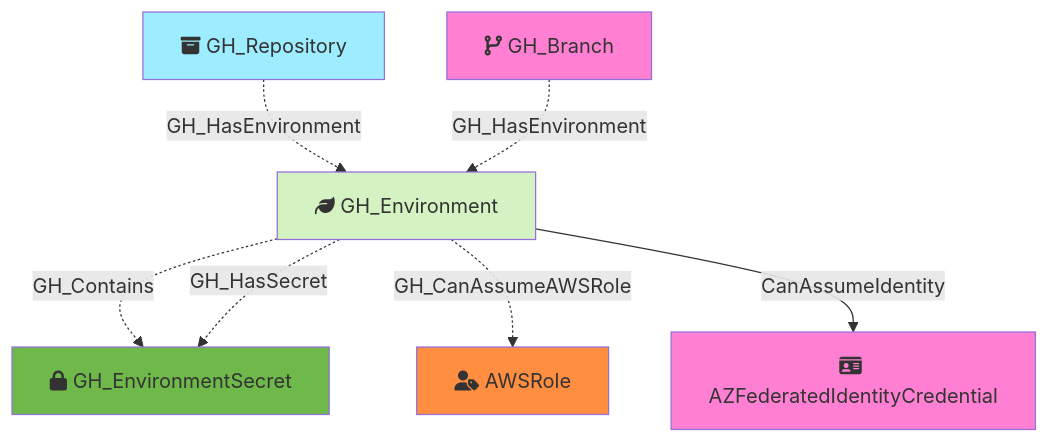
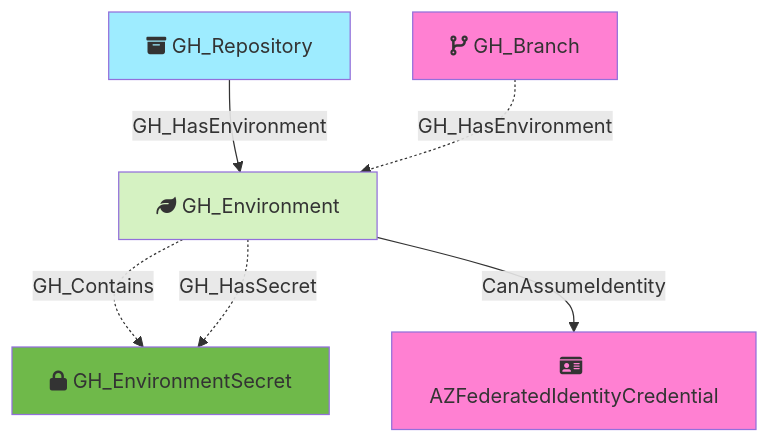
Before and after one commit to SpecterOps/GitHound: the diagram in Documentation/Nodes/GH_Environment.md, drawn with Mermaid. The commit also changed 10 other files, not shown here.

````diff
--- a/Documentation/Nodes/GH_Environment.md
+++ b/Documentation/Nodes/GH_Environment.md
@@ -41,23 +41,20 @@
 ```mermaid
 flowchart TD
     GH_Environment[fa:fa-leaf GH_Environment]
     GH_Repository[fa:fa-box-archive GH_Repository]
     GH_Branch[fa:fa-code-branch GH_Branch]
     GH_EnvironmentSecret[fa:fa-lock GH_EnvironmentSecret]
-    AWSRole[fa:fa-user-tag AWSRole]
     AZFederatedIdentityCredential[fa:fa-id-card AZFederatedIdentityCredential]
 
     style GH_Environment fill:#D5F2C2
     style GH_Repository fill:#9EECFF
     style GH_Branch fill:#FF80D2
     style GH_EnvironmentSecret fill:#6FB94A
-    style AWSRole fill:#FF8E40
     style AZFederatedIdentityCredential fill:#FF80D2
 
-    GH_Repository -.->|GH_HasEnvironment| GH_Environment
+    GH_Repository -->|GH_HasEnvironment| GH_Environment
     GH_Branch -.->|GH_HasEnvironment| GH_Environment
     GH_Environment -.->|GH_Contains| GH_EnvironmentSecret
     GH_Environment -.->|GH_HasSecret| GH_EnvironmentSecret
-    GH_Environment -.->|GH_CanAssumeAWSRole| AWSRole
     GH_Environment -->|CanAssumeIdentity| AZFederatedIdentityCredential
 ```
````
